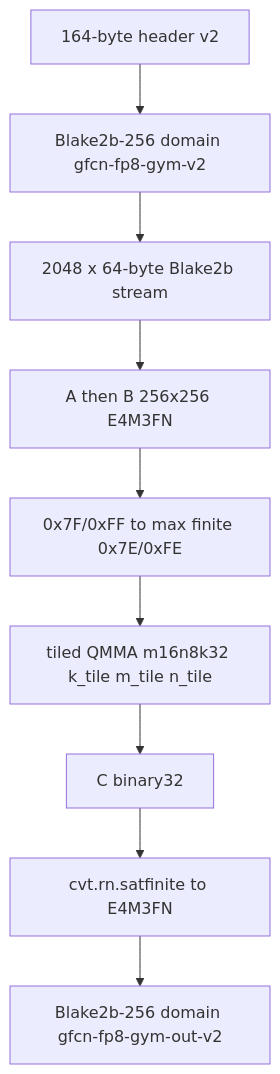
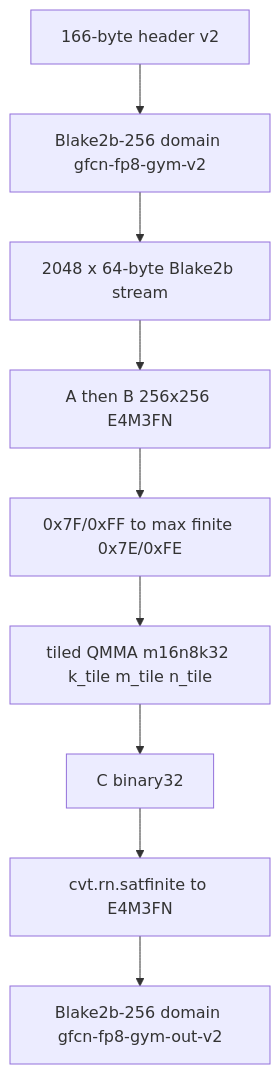
One commit to FederationCoin/FederationCoin changed the diagram in src/consensus/work/fp8_gym.md. Above: the diagram before and after it, drawn with Mermaid. The commit also changed 39 other files, not shown here.

First line of the commit message:
Widen header-v2 txcount to uint32 so H1 matches a 166-byte header.

````diff
--- a/src/consensus/work/fp8_gym.md
+++ b/src/consensus/work/fp8_gym.md
@@ -11,13 +11,13 @@
 ```mermaid
 flowchart TD
-  header["164-byte header v2"]
+  header["166-byte header v2"]
   seed["Blake2b-256 domain gfcn-fp8-gym-v2"]
   expand["2048 x 64-byte Blake2b stream"]
   matrices["A then B 256x256 E4M3FN"]
   remap["0x7F/0xFF to max finite 0x7E/0xFE"]
   mma["tiled QMMA m16n8k32 k_tile m_tile n_tile"]
   c32["C binary32"]
   quant["cvt.rn.satfinite to E4M3FN"]
   out["Blake2b-256 domain gfcn-fp8-gym-out-v2"]
   header --> seed --> expand --> matrices --> remap --> mma --> c32 --> quant --> out
 ```
````
